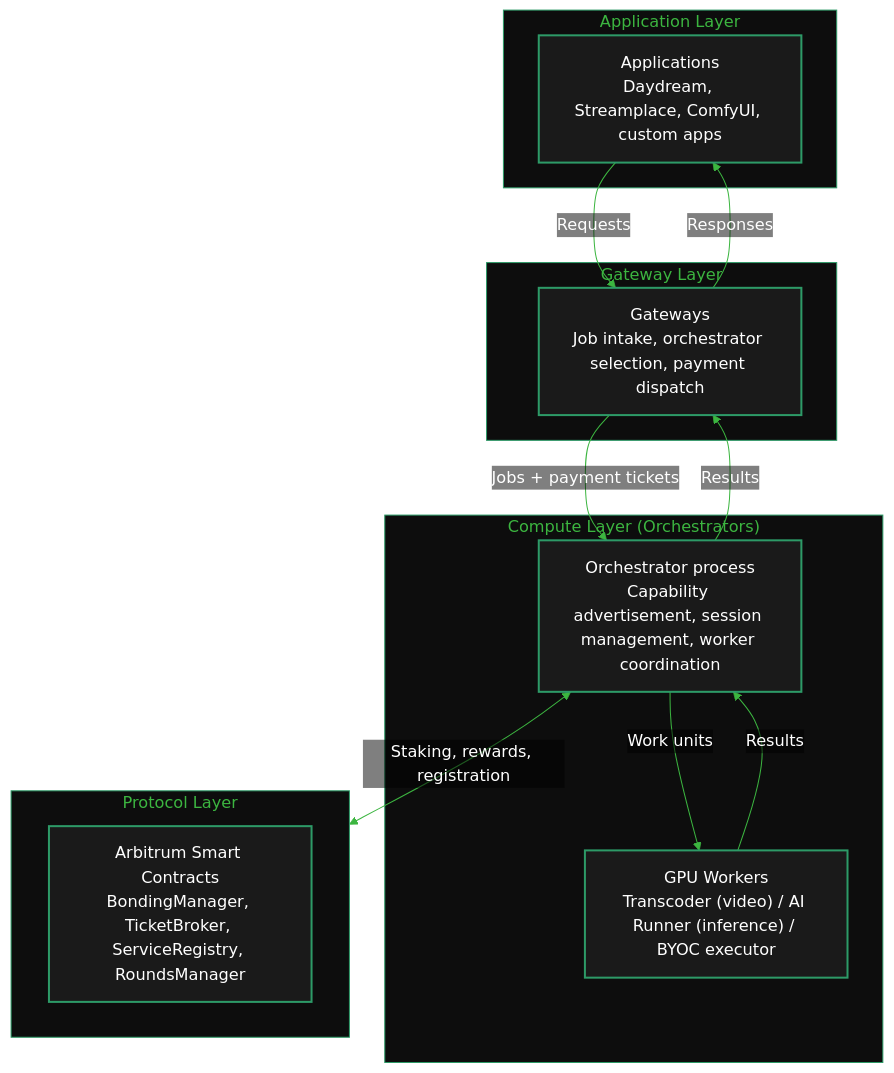
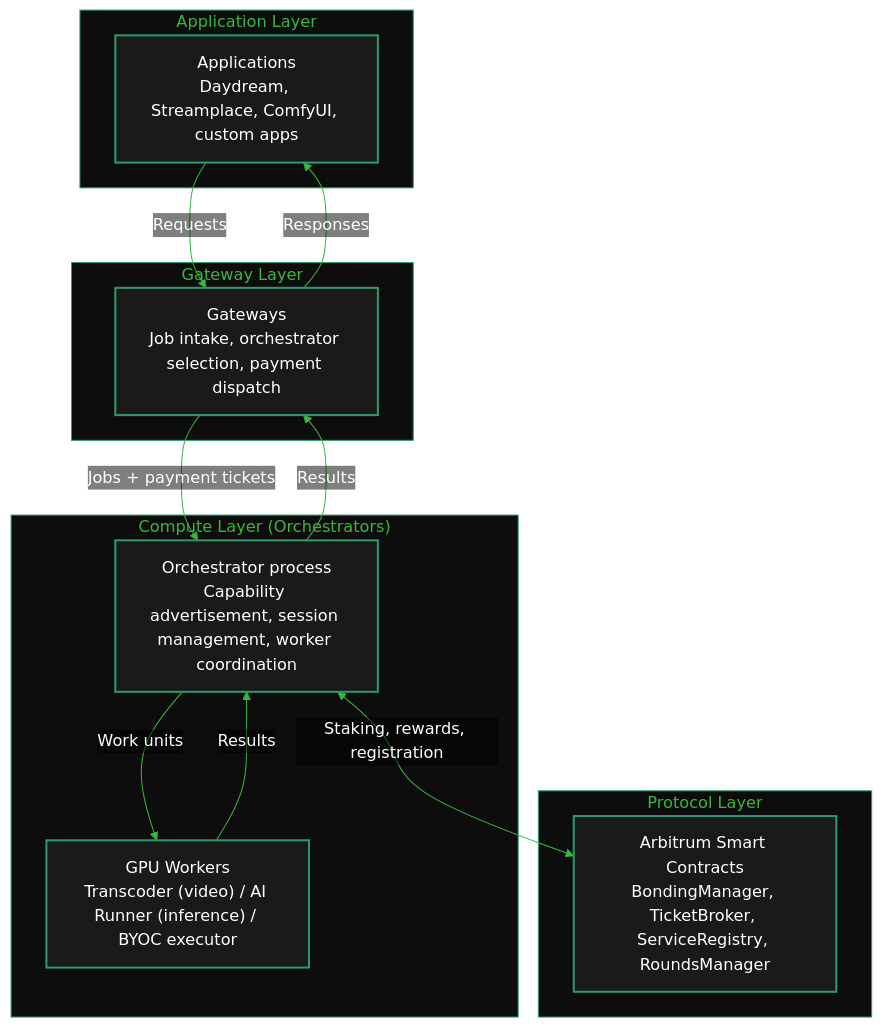
The first of 3 diagrams in v2/orchestrators/concepts/architecture.mdx (livepeer/docs), drawn with Mermaid before and after one commit. The commit also changed other lines of this file and 5188 other files, not shown here.

````diff
--- a/v2/orchestrators/concepts/architecture.mdx
+++ b/v2/orchestrators/concepts/architecture.mdx
@@ -74,31 +74,31 @@
 ```mermaid
 %%{init: {'theme': 'base', 'themeVariables': {'primaryColor': '#18794E', 'primaryTextColor': '#fff', 'primaryBorderColor': '#3CB540', 'lineColor': '#3CB540', 'mainBkg': '#18794E', 'nodeBorder': '#3CB540', 'clusterBkg': 'transparent', 'clusterBorder': '#3CB540', 'titleColor': '#3CB540', 'edgeLabelBackground': 'transparent', 'textColor': '#3CB540', 'nodeTextColor': '#fff'}}}%%
 graph TB
     subgraph APP["Application Layer"]
         A["Applications\nDaydream, Streamplace, ComfyUI, custom apps"]
     end
     subgraph GW["Gateway Layer"]
         B["Gateways\nJob intake, orchestrator selection, payment dispatch"]
     end
     subgraph ORC["Compute Layer (Orchestrators)"]
         C["Orchestrator process\nCapability advertisement, session management, worker coordination"]
         D["GPU Workers\nTranscoder (video) / AI Runner (inference) / BYOC executor"]
     end
     subgraph PROTO["Protocol Layer"]
         E["Arbitrum Smart Contracts\nBondingManager, TicketBroker, ServiceRegistry, RoundsManager"]
     end
 
     A -->|Requests| B
     B -->|Jobs + payment tickets| C
     C -->|Work units| D
     D -->|Results| C
     C -->|Results| B
     B -->|Responses| A
-    C <-->|Staking, rewards, registration| PROTO
+    C <-->|Staking, rewards, registration| E
 
     classDef default fill:#1a1a1a,color:#fff,stroke:#2d9a67,stroke-width:2px
     style APP fill:#0d0d0d,stroke:#2d9a67,stroke-width:1px
     style GW fill:#0d0d0d,stroke:#2d9a67,stroke-width:1px
     style ORC fill:#0d0d0d,stroke:#2d9a67,stroke-width:1px
     style PROTO fill:#0d0d0d,stroke:#2d9a67,stroke-width:1px
 ```
````
